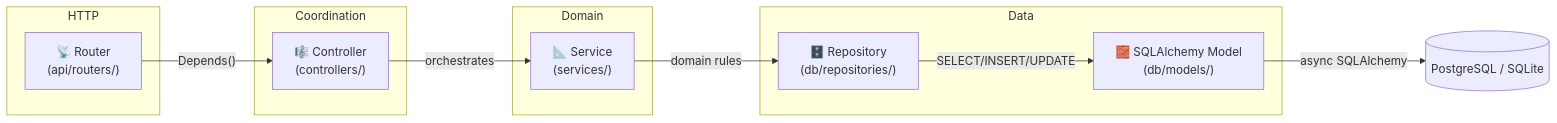
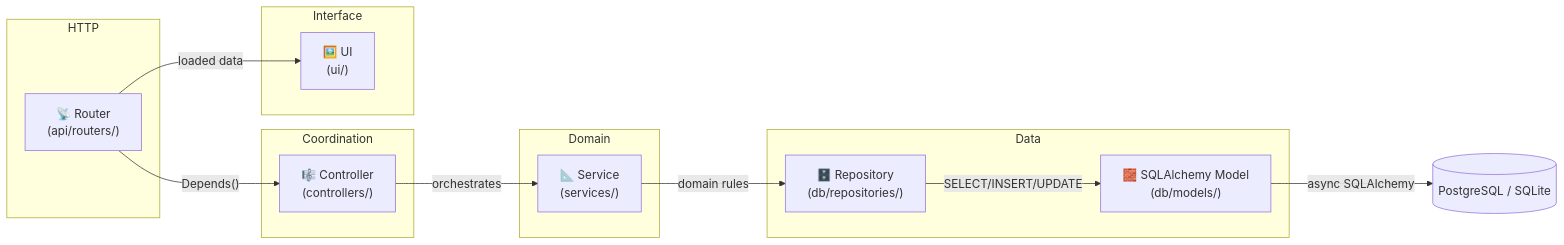
One commit to mauriciobenjamin700/tempest-fastapi-sdk changed the first of 2 diagrams in docs/architecture.en.md. Above: the diagram before and after it, drawn with Mermaid. The commit also changed other lines of this file and 68 other files, not shown here.

First line of the commit message:
feat: v0.224.0 — the ui layer, forms from schemas, typed CSS

````diff
--- a/docs/architecture.en.md
+++ b/docs/architecture.en.md
@@ -7,23 +7,27 @@
 ```mermaid
 flowchart LR
     subgraph HTTP
         Router["📡 Router\n(api/routers/)"]
     end
     subgraph Coordination
         Controller["🎼 Controller\n(controllers/)"]
     end
     subgraph Domain
         Service["📐 Service\n(services/)"]
     end
     subgraph Data
         Repository["🗄️ Repository\n(db/repositories/)"]
         Model["🧱 SQLAlchemy Model\n(db/models/)"]
     end
+    subgraph Interface
+        UI["🖼️ UI\n(ui/)"]
+    end
     DB[(PostgreSQL / SQLite)]
 
     Router -->|"Depends()"| Controller
+    Router -->|"loaded data"| UI
     Controller -->|orchestrates| Service
     Service -->|domain rules| Repository
     Repository -->|"SELECT/INSERT/UPDATE"| Model
     Model -->|async SQLAlchemy| DB
 ```
````
